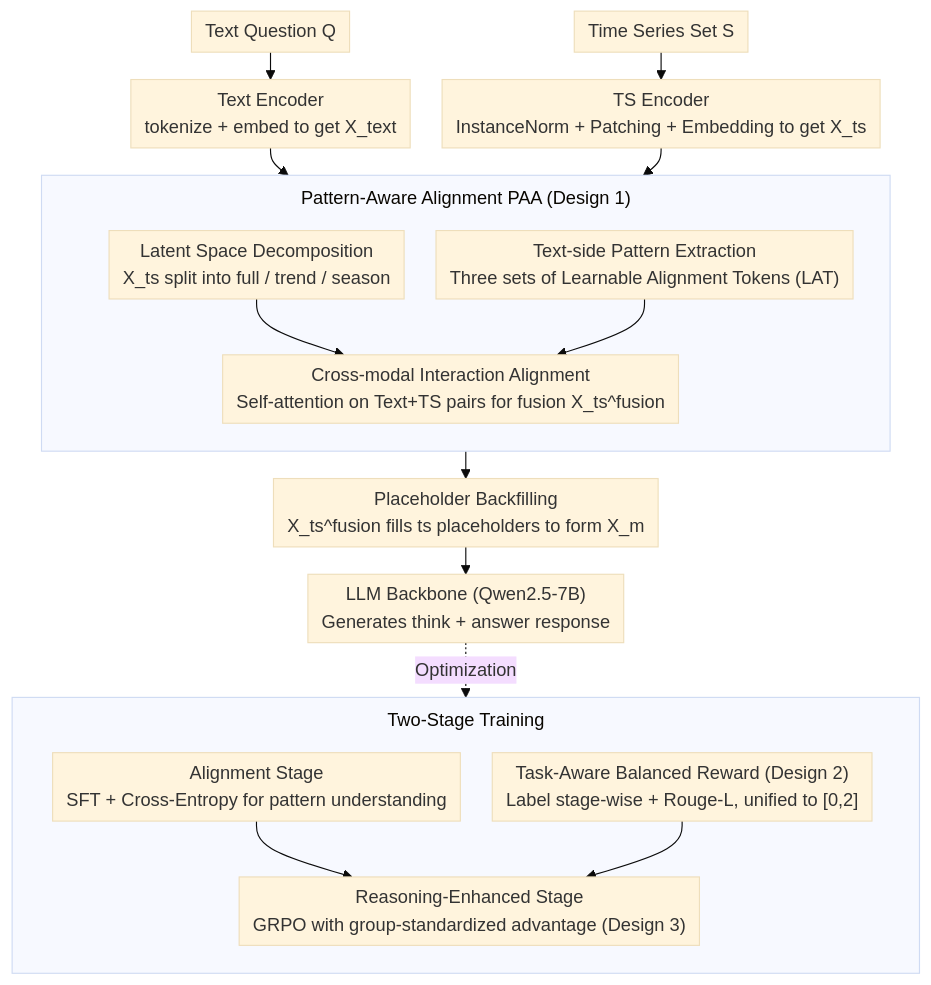
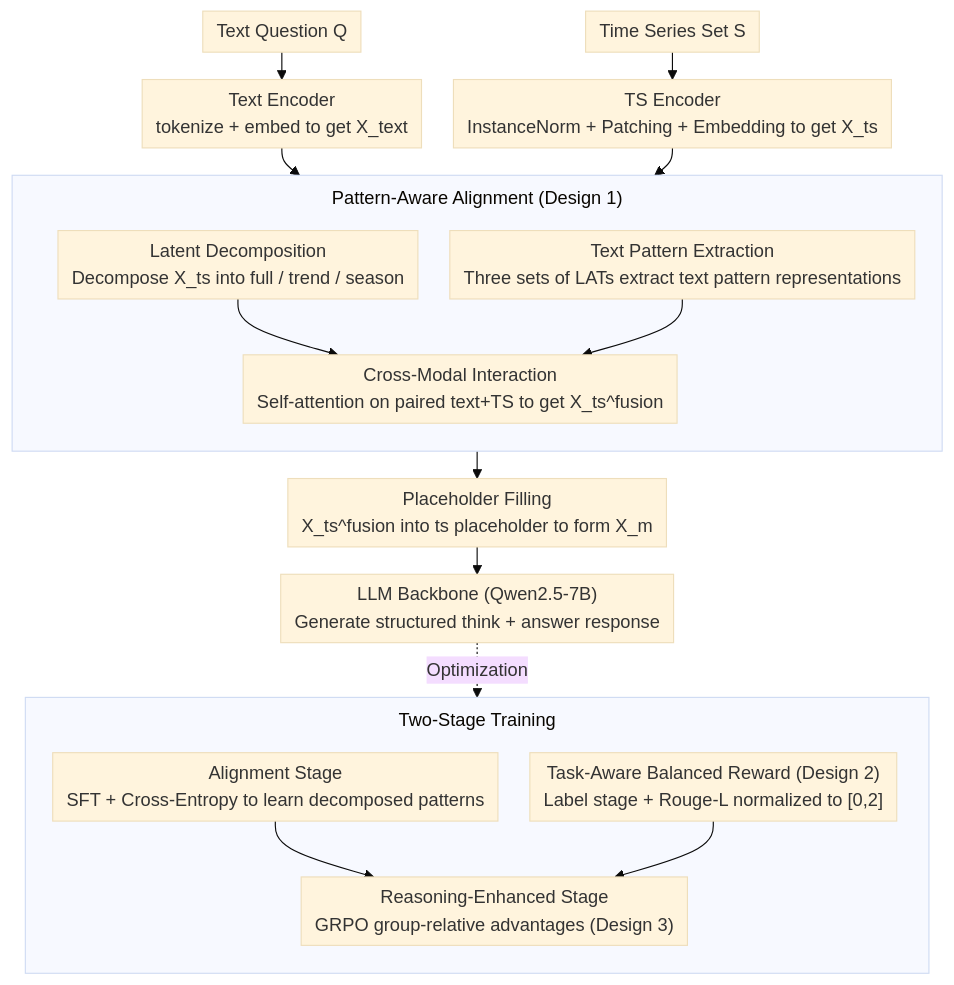
One commit to zhaoyang97/Paper-Notes-en changed the diagram in docs/ICML2026/time_series/patra_pattern-aware_alignment_and_balanced_reasoning_for_time_series_question_an.md. Above: the diagram before and after it, drawn with Mermaid (base theme). The commit also changed other lines of this file and 5084 other files, not shown here.

````diff
--- a/docs/ICML2026/time_series/patra_pattern-aware_alignment_and_balanced_reasoning_for_time_series_question_an.md
+++ b/docs/ICML2026/time_series/patra_pattern-aware_alignment_and_balanced_reasoning_for_time_series_question_an.md
@@ -43,31 +43,31 @@
 ```mermaid
 %%{init: {'flowchart': {'rankSpacing': 24, 'nodeSpacing': 28, 'padding': 6, 'wrappingWidth': 400, 'subGraphTitleMargin': {'top': 8, 'bottom': 16}}}}%%
 flowchart TD
     Q["Text Question Q"] --> TE["Text Encoder<br/>tokenize + embed to get X_text"]
     TS["Time Series Set S"] --> TSE["TS Encoder<br/>InstanceNorm + Patching + Embedding to get X_ts"]
 
-    subgraph PAA["Pattern-Aware Alignment PAA (Design 1)"]
+    subgraph PAA["Pattern-Aware Alignment (Design 1)"]
         direction TB
-        DEC["Latent Space Decomposition<br/>X_ts split into full / trend / season"]
-        LAT["Text-side Pattern Extraction<br/>Three sets of Learnable Alignment Tokens (LAT)"]
-        XATT["Cross-modal Interaction Alignment<br/>Self-attention on Text+TS pairs for fusion X_ts^fusion"]
+        DEC["Latent Decomposition<br/>Decompose X_ts into full / trend / season"]
+        LAT["Text Pattern Extraction<br/>Three sets of LATs extract text pattern representations"]
+        XATT["Cross-Modal Interaction<br/>Self-attention on paired text+TS to get X_ts^fusion"]
         DEC --> XATT
         LAT --> XATT
     end
 
     TE --> LAT
     TSE --> DEC
-    XATT --> REP["Placeholder Backfilling<br/>X_ts^fusion fills ts placeholders to form X_m"]
-    REP --> LLM["LLM Backbone (Qwen2.5-7B)<br/>Generates think + answer response"]
+    XATT --> REP["Placeholder Filling<br/>X_ts^fusion into ts placeholder to form X_m"]
+    REP --> LLM["LLM Backbone (Qwen2.5-7B)<br/>Generate structured think + answer response"]
 
     subgraph TRAIN["Two-Stage Training"]
         direction TB
-        S1["Alignment Stage<br/>SFT + Cross-Entropy for pattern understanding"]
-        RWD["Task-Aware Balanced Reward (Design 2)<br/>Label stage-wise + Rouge-L, unified to [0,2]"]
-        S2["Reasoning-Enhanced Stage<br/>GRPO with group-standardized advantage (Design 3)"]
+        S1["Alignment Stage<br/>SFT + Cross-Entropy to learn decomposed patterns"]
+        RWD["Task-Aware Balanced Reward (Design 2)<br/>Label stage + Rouge-L normalized to [0,2]"]
+        S2["Reasoning-Enhanced Stage<br/>GRPO group-relative advantages (Design 3)"]
         S1 --> S2
         RWD --> S2
     end
 
     LLM -.Optimization.-> TRAIN
 ```
````
